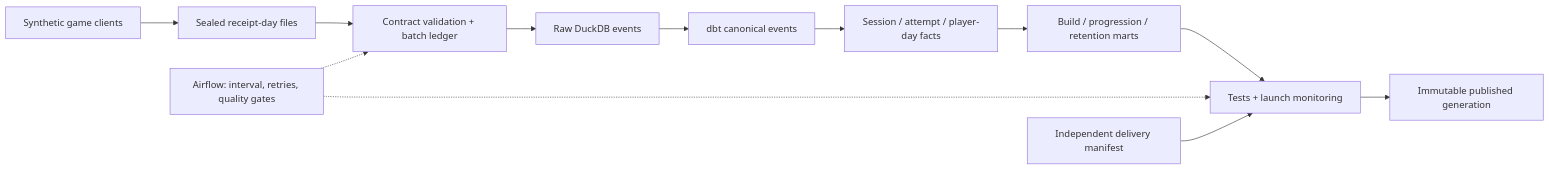
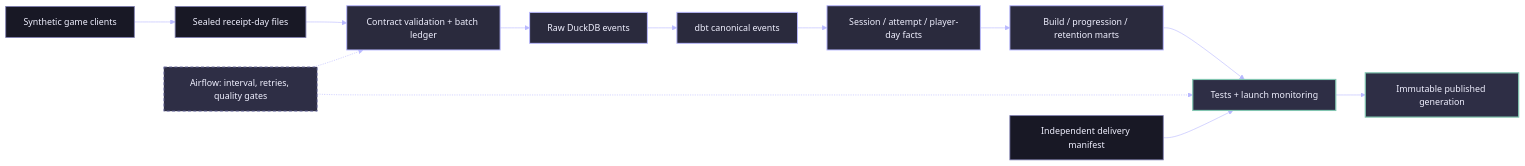
The diagram in README.md (rlbsem/game-telemetry-analytics-engineering), drawn with Mermaid before and after one commit.

Commit message:
Restyle GitHub architecture diagram with Groundbreakers engineering theme

````diff
--- a/README.md
+++ b/README.md
@@ -9,14 +9,24 @@
 ```mermaid
+%%{init: {"theme":"base","themeVariables":{"background":"#10101D","primaryColor":"#2A2A3D","primaryTextColor":"#F0F0FF","primaryBorderColor":"#7C7CAF","lineColor":"#B8B8FF","textColor":"#F0F0FF","secondaryColor":"#181825","tertiaryColor":"#2E2E45","fontFamily":"IBM Plex Sans, Arial, sans-serif","fontSize":"15px","edgeLabelBackground":"#10101D"}}}%%
 flowchart LR
     A[Synthetic game clients] --> B[Sealed receipt-day files]
     B --> C[Contract validation + batch ledger]
     C --> D[Raw DuckDB events]
     D --> E[dbt canonical events]
     E --> F[Session / attempt / player-day facts]
     F --> G[Build / progression / retention marts]
     G --> H[Tests + launch monitoring]
     H --> I[Immutable published generation]
     J[Airflow: interval, retries, quality gates] -.-> C
     J -.-> H
     K[Independent delivery manifest] --> H
+
+    classDef source fill:#181825,stroke:#7C7CAF,color:#F0F0FF,stroke-width:1.4px
+    classDef model fill:#2A2A3D,stroke:#B8B8FF,color:#F0F0FF,stroke-width:1.6px
+    classDef verified fill:#2E2E45,stroke:#81C5B0,color:#F0F0FF,stroke-width:2px
+    classDef orchestration fill:#2E2E45,stroke:#7C7CAF,color:#F0F0FF,stroke-width:1.5px,stroke-dasharray:5 4
+    class A,B,K source
+    class C,D,E,F,G model
+    class H,I verified
+    class J orchestration
 ```
````
